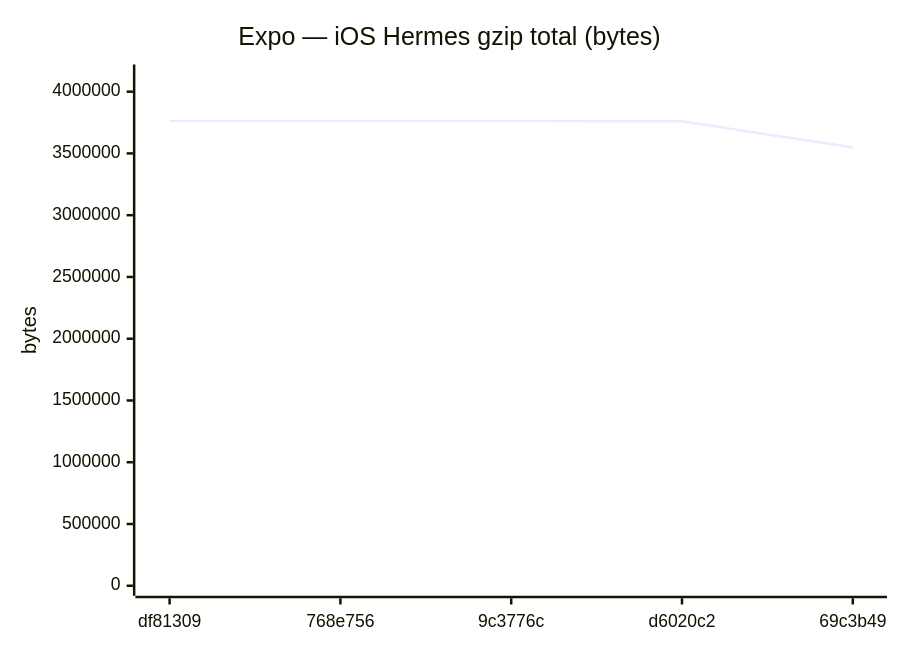
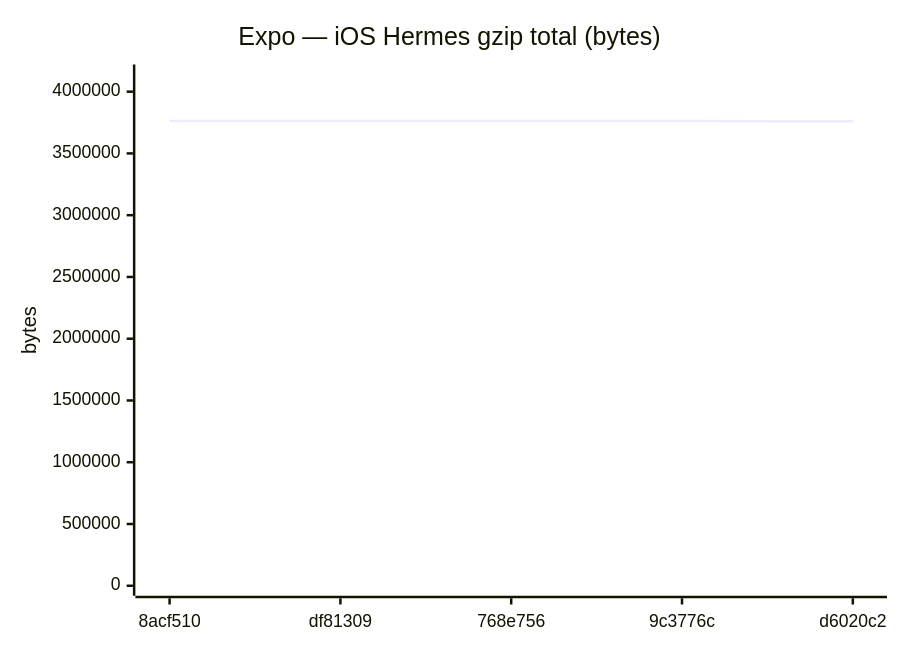
Diagram 12 of 18 in benchmarks/compare.md (Metaheurist/Rianell), drawn with Mermaid before and after one commit. The commit also changed other lines of this file and 11 other files, not shown here.

````diff
--- a/benchmarks/compare.md
+++ b/benchmarks/compare.md
@@ -179,7 +179,7 @@
 ```mermaid
 xychart-beta
     title "Expo — iOS Hermes gzip total (bytes)"
-    x-axis ["df81309", "768e756", "9c3776c", "d6020c2", "69c3b49"]
+    x-axis ["8acf510", "df81309", "768e756", "9c3776c", "d6020c2"]
     y-axis "bytes" 0 --> 4139010
-    line [3762736, 3762498, 3762733, 3759872, 3548602]
+    line [3762734, 3762736, 3762498, 3762733, 3759872]
 ```
````
